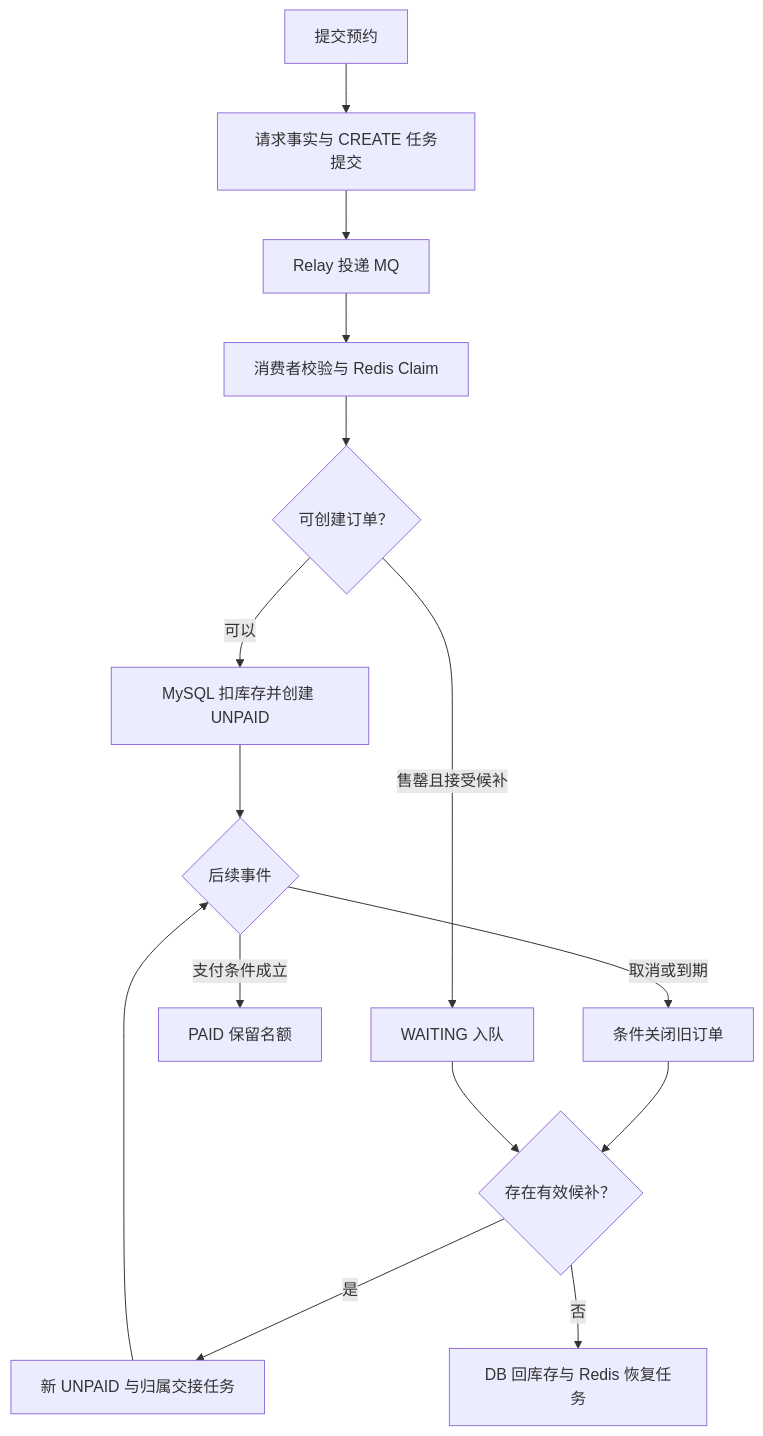
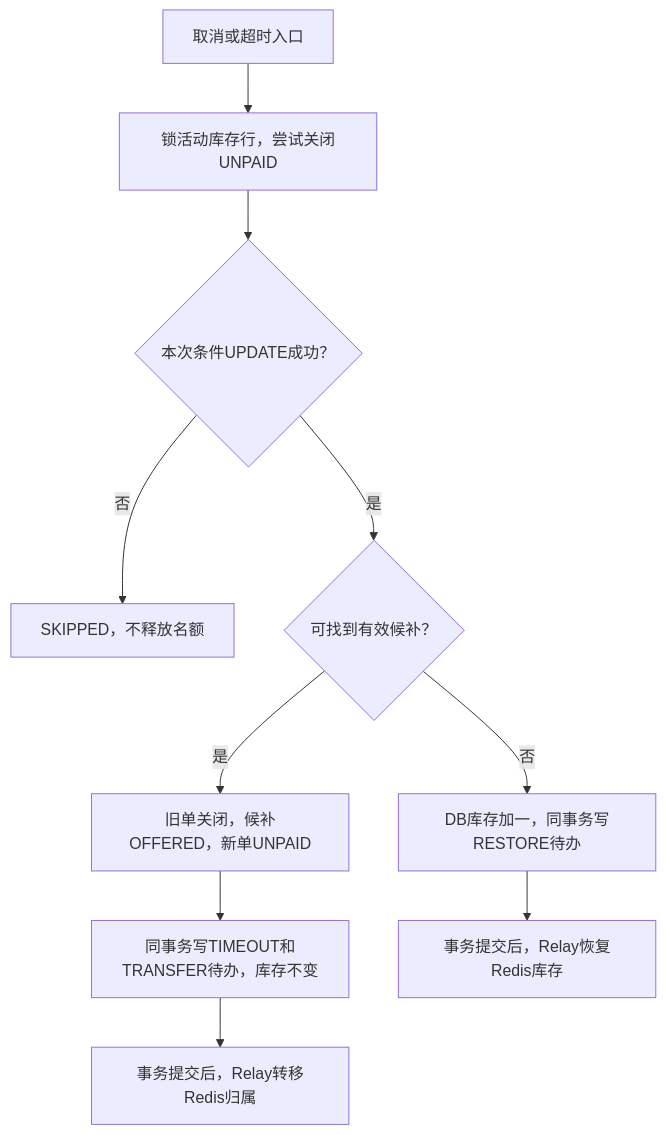
One commit to SyH-101/citypass-platform changed the fourth of 6 diagrams in 01-异步预约与候补调度.md. Above: the diagram before and after it, drawn with Mermaid. The commit also changed other lines of this file, not shown here.

````diff
--- a/01-异步预约与候补调度.md
+++ b/01-异步预约与候补调度.md
@@ -107,17 +471,12 @@
 ```mermaid
 flowchart TD
-    A["提交预约"] --> B["请求事实与 CREATE 任务提交"]
-    B --> C["Relay 投递 MQ"]
-    C --> D["消费者校验与 Redis Claim"]
-    D --> E{"可创建订单？"}
-    E -->|可以| F["MySQL 扣库存并创建 UNPAID"]
-    E -->|售罄且接受候补| G["WAITING 入队"]
-    F --> H{"后续事件"}
-    H -->|支付条件成立| I["PAID 保留名额"]
-    H -->|取消或到期| J["条件关闭旧订单"]
-    J --> K{"存在有效候补？"}
-    G --> K
-    K -->|是| L["新 UNPAID 与归属交接任务"]
-    K -->|否| M["DB 回库存与 Redis 恢复任务"]
-    L --> H
+    A["取消或超时入口"] --> B["锁活动库存行，尝试关闭UNPAID"]
+    B --> C{"本次条件UPDATE成功？"}
+    C -->|否| D["SKIPPED，不释放名额"]
+    C -->|是| E{"可找到有效候补？"}
+    E -->|是| F["旧单关闭，候补OFFERED，新单UNPAID"]
+    F --> G["同事务写TIMEOUT和TRANSFER待办，库存不变"]
+    E -->|否| H["DB库存加一，同事务写RESTORE待办"]
+    G --> I["事务提交后，Relay转移Redis归属"]
+    H --> J["事务提交后，Relay恢复Redis库存"]
 ```
````
